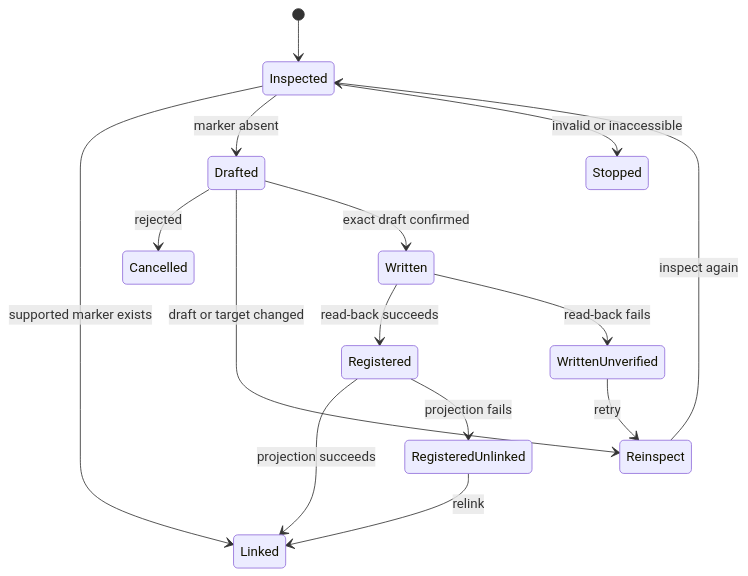
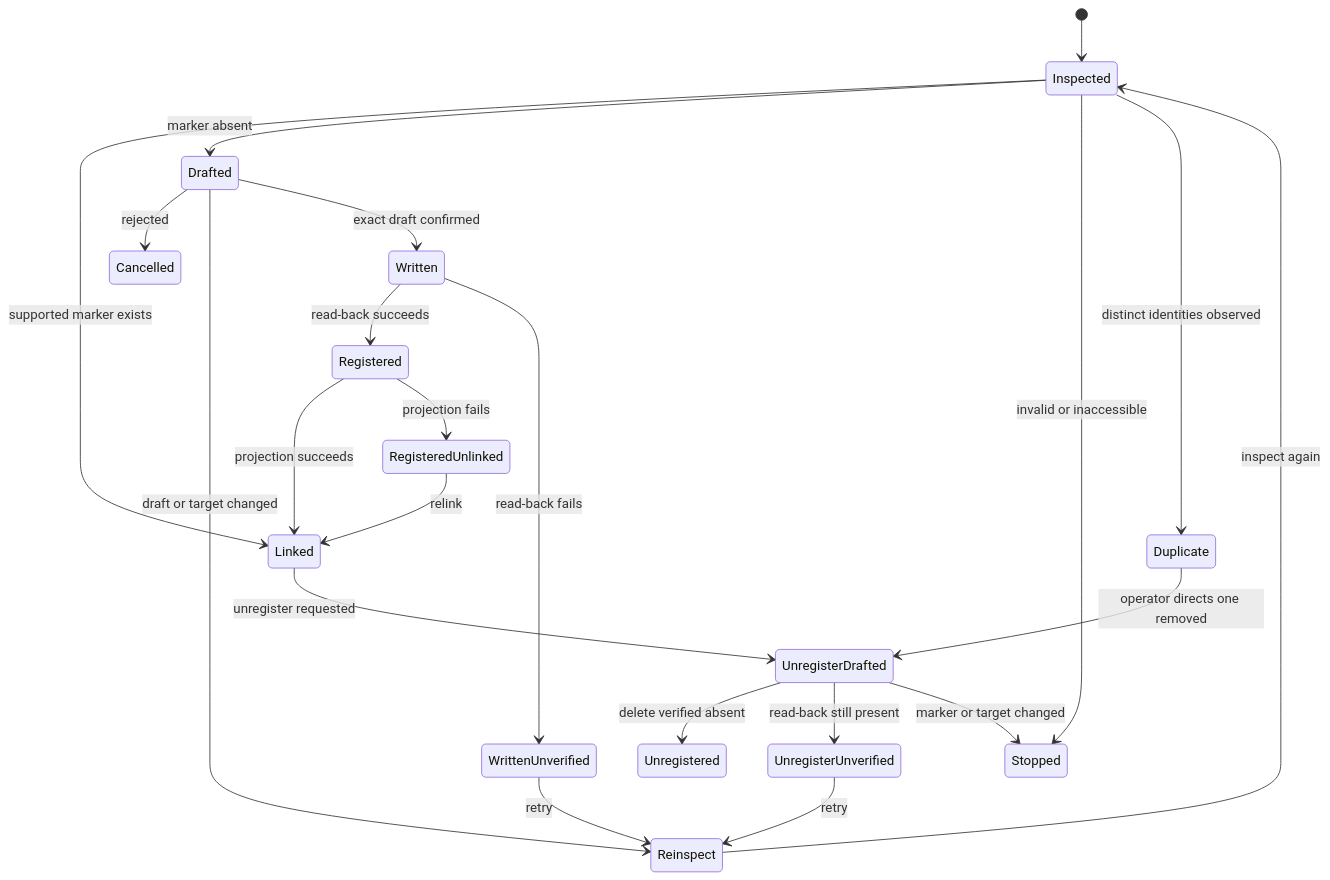
The second of 2 diagrams in docs/plans/2026-08-01-001-feat-workstream-registration-discovery-plan.md (ryannmicua/arjim), drawn with Mermaid before and after one commit. The commit also changed other lines of this file and 1 other file, not shown here.

Commit message:
docs: add unregister and duplicate registration protocol to workstream contract

````diff
--- a/docs/plans/2026-08-01-001-feat-workstream-registration-discovery-plan.md
+++ b/docs/plans/2026-08-01-001-feat-workstream-registration-discovery-plan.md
@@ -211,17 +224,24 @@
 ```mermaid
 stateDiagram-v2
     [*] --> Inspected
     Inspected --> Linked: supported marker exists
     Inspected --> Drafted: marker absent
     Inspected --> Stopped: invalid or inaccessible
+    Inspected --> Duplicate: distinct identities observed
     Drafted --> Cancelled: rejected
     Drafted --> Reinspect: draft or target changed
     Drafted --> Written: exact draft confirmed
     Written --> Registered: read-back succeeds
     Written --> WrittenUnverified: read-back fails
     Registered --> Linked: projection succeeds
     Registered --> RegisteredUnlinked: projection fails
     WrittenUnverified --> Reinspect: retry
     RegisteredUnlinked --> Linked: relink
+    Linked --> UnregisterDrafted: unregister requested
+    UnregisterDrafted --> Unregistered: delete verified absent
+    UnregisterDrafted --> UnregisterUnverified: read-back still present
+    UnregisterDrafted --> Stopped: marker or target changed
+    UnregisterUnverified --> Reinspect: retry
+    Duplicate --> UnregisterDrafted: operator directs one removed
     Reinspect --> Inspected: inspect again
 ```
````
